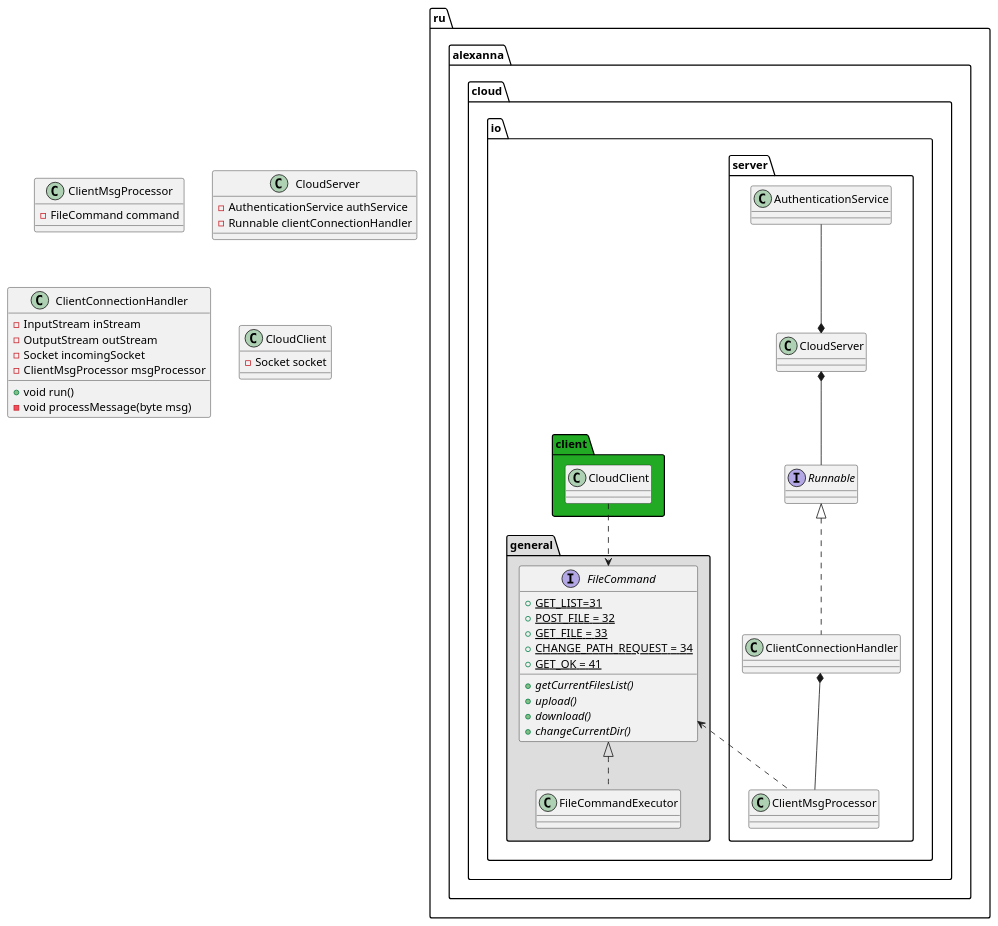
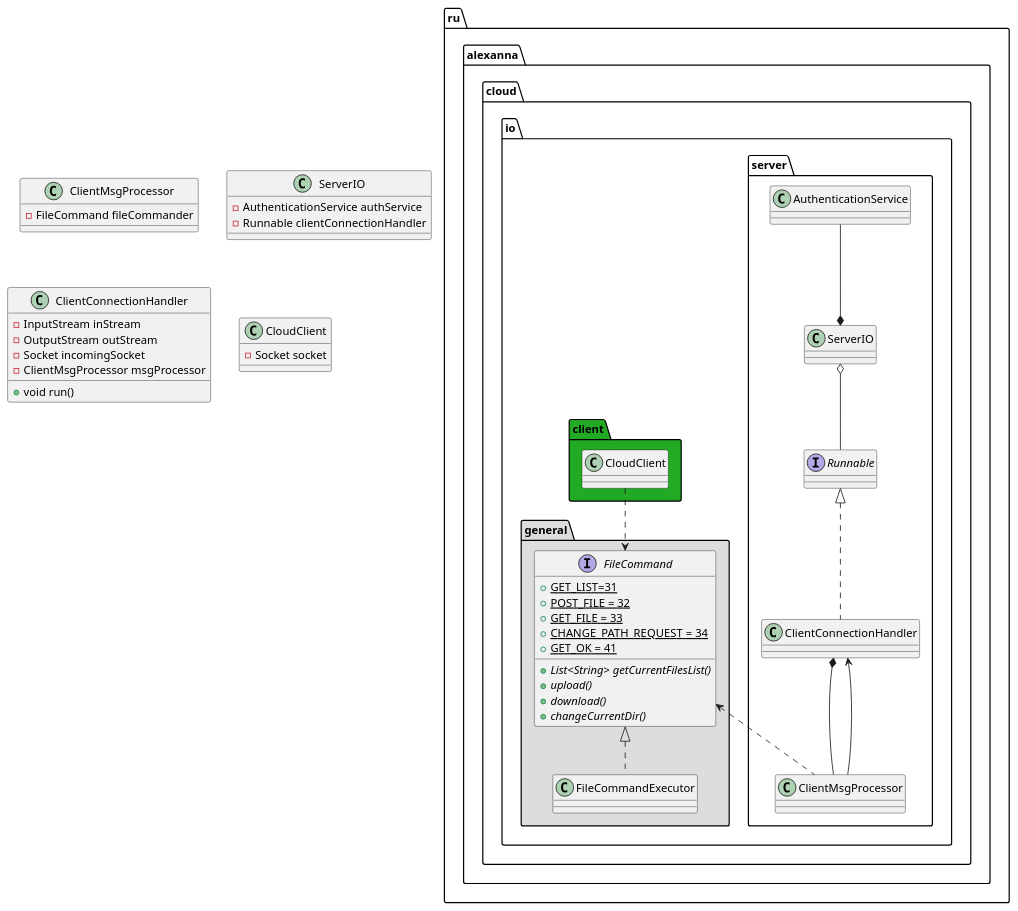
One commit to AleksOl31/myCloud changed the diagram in src/main/java/ru/alexanna/cloud/io/MyCloud.puml. Above: the diagram before and after it, drawn with PlantUML. The commit also changed 11 other files, not shown here.

Commit message:
Развитие серверной части ServerIO в соответстсвии с UML диаграммой

```diff
--- a/src/main/java/ru/alexanna/cloud/io/MyCloud.puml
+++ b/src/main/java/ru/alexanna/cloud/io/MyCloud.puml
@@ -1,60 +1,60 @@
 @startuml
 package "ru.alexanna.cloud.io.server" {
 class ClientConnectionHandler implements Runnable
-CloudServer *-- Runnable
-AuthenticationService --* CloudServer
+ServerIO o-- Runnable
+AuthenticationService --* ServerIO
 ClientConnectionHandler *-- ClientMsgProcessor
+ClientConnectionHandler <-- ClientMsgProcessor
 ru.alexanna.cloud.io.general.FileCommand <.. ClientMsgProcessor
 
 }
 
 class ClientMsgProcessor {
-- FileCommand command
+- FileCommand fileCommander
 }
 
-class CloudServer {
+class ServerIO {
 - AuthenticationService authService
 - Runnable clientConnectionHandler
 }
 
 class ClientConnectionHandler {
 - InputStream inStream
 - OutputStream outStream
 - Socket incomingSocket
 - ClientMsgProcessor msgProcessor
 + void run()
-- void processMessage(byte msg)
 }
 
 package "ru.alexanna.cloud.io.general" #DDDDDD {
 class FileCommandExecutor implements FileCommand
 }
 
 interface ru.alexanna.cloud.io.general.FileCommand {
 + {static} GET_LIST=31
 + {static} POST_FILE = 32
 + {static} GET_FILE = 33
 + {static} CHANGE_PATH_REQUEST = 34
 + {static} GET_OK = 41
-+ {abstract} getCurrentFilesList()
++ {abstract} List<String> getCurrentFilesList()
 + {abstract} upload()
 + {abstract} download()
 + {abstract} changeCurrentDir()
 '+ {abstract} copy()
 '+ {abstract} delete()
 '+ {abstract} move()
 }
 
 class ru.alexanna.cloud.io.general.FileCommandExecutor {
 
 }
 
 package "ru.alexanna.cloud.io.client" #22AA24 {
 CloudClient ..> ru.alexanna.cloud.io.general.FileCommand
 }
 
 class CloudClient {
 - Socket socket
 }
 
 @enduml
```
